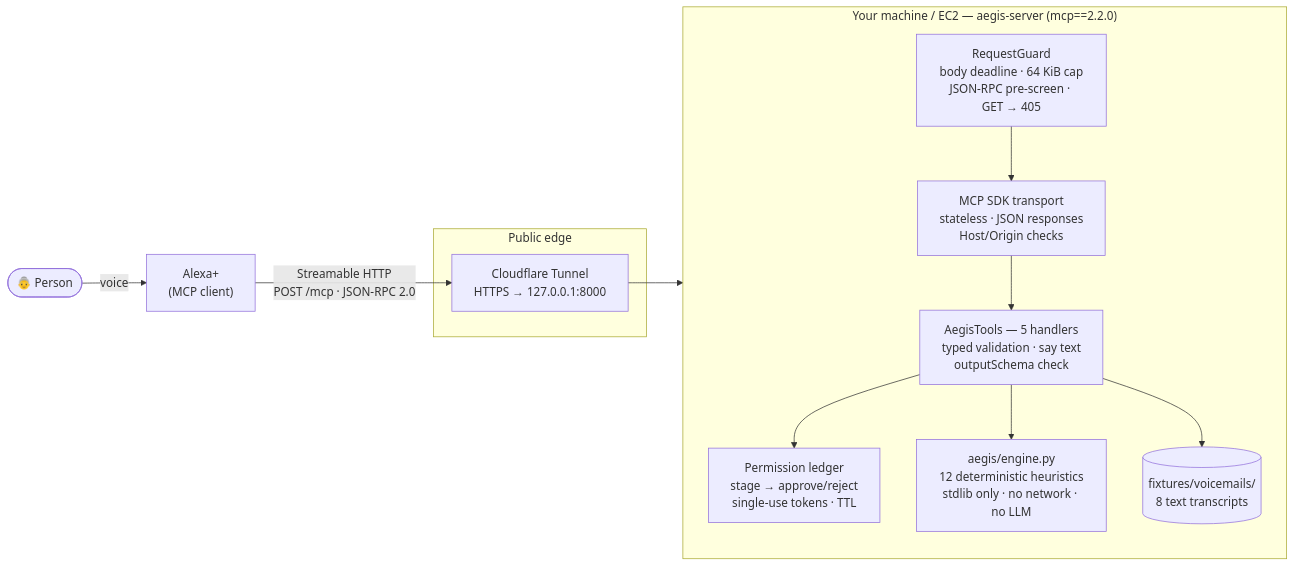
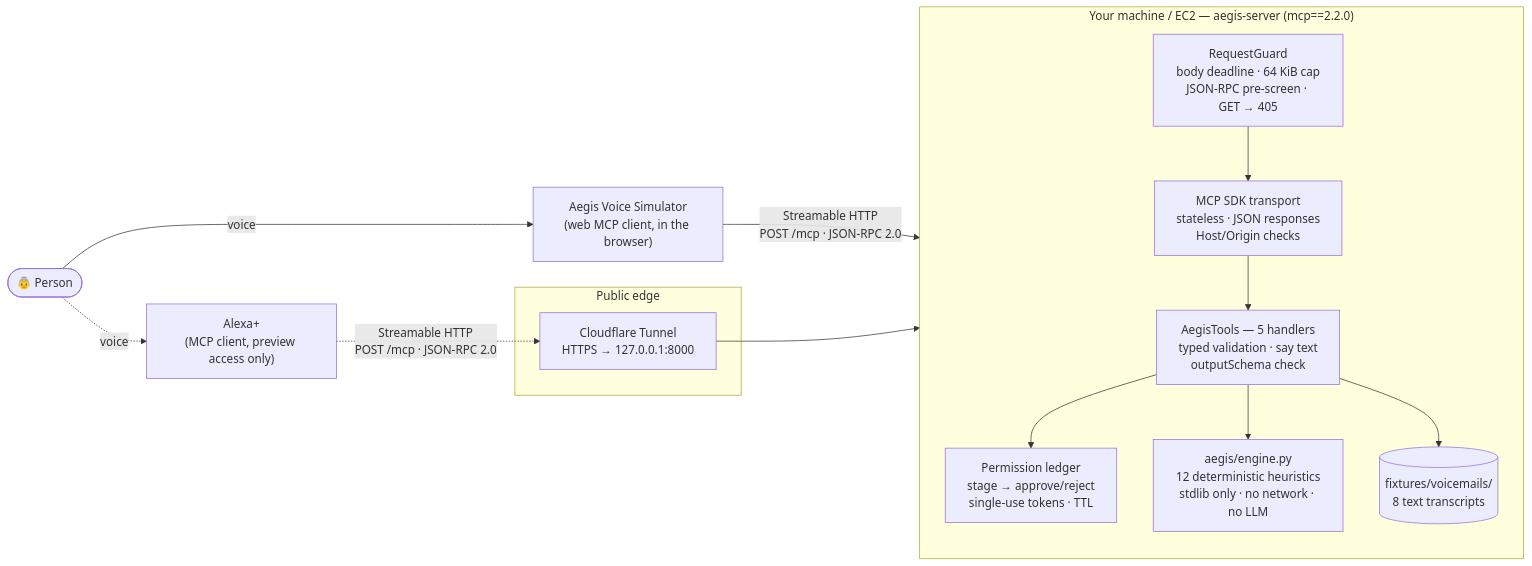
One commit to utlityapps/aegis-mcp changed the first of 3 diagrams in README.md. Above: the diagram before and after it, drawn with Mermaid. The commit also changed other lines of this file and 9 other files, not shown here.

First line of the commit message:
Point the docs and demo at the web voice simulator

````diff
--- a/README.md
+++ b/README.md
@@ -56,27 +61,29 @@
 ```mermaid
 flowchart LR
-    person(["👵 Person"]) -- "voice" --> alexa["Alexa+<br/>(MCP client)"]
+    person(["👵 Person"]) -- "voice" --> sim["Aegis Voice Simulator<br/>(web MCP client, in the browser)"]
+    person -. "voice" .-> alexa["Alexa+<br/>(MCP client, preview access only)"]
 
     subgraph edge["Public edge"]
         tunnel["Cloudflare Tunnel<br/>HTTPS → 127.0.0.1:8000"]
     end
 
-    alexa -- "Streamable HTTP<br/>POST /mcp · JSON-RPC 2.0" --> tunnel
+    sim -- "Streamable HTTP<br/>POST /mcp · JSON-RPC 2.0" --> guard
+    alexa -. "Streamable HTTP<br/>POST /mcp · JSON-RPC 2.0" .-> tunnel
 
     subgraph host["Your machine / EC2 — aegis-server (mcp==2.2.0)"]
         direction TB
         guard["RequestGuard<br/>body deadline · 64 KiB cap<br/>JSON-RPC pre-screen · GET → 405"]
         sdk["MCP SDK transport<br/>stateless · JSON responses<br/>Host/Origin checks"]
         tools["AegisTools — 5 handlers<br/>typed validation · say text<br/>outputSchema check"]
         ledger["Permission ledger<br/>stage → approve/reject<br/>single-use tokens · TTL"]
         engine["aegis/engine.py<br/>12 deterministic heuristics<br/>stdlib only · no network · no LLM"]
         fixtures[("fixtures/voicemails/<br/>8 text transcripts")]
         guard --> sdk --> tools
         tools --> ledger
         tools --> engine
         tools --> fixtures
     end
 
     tunnel --> guard
 
 ```
````
